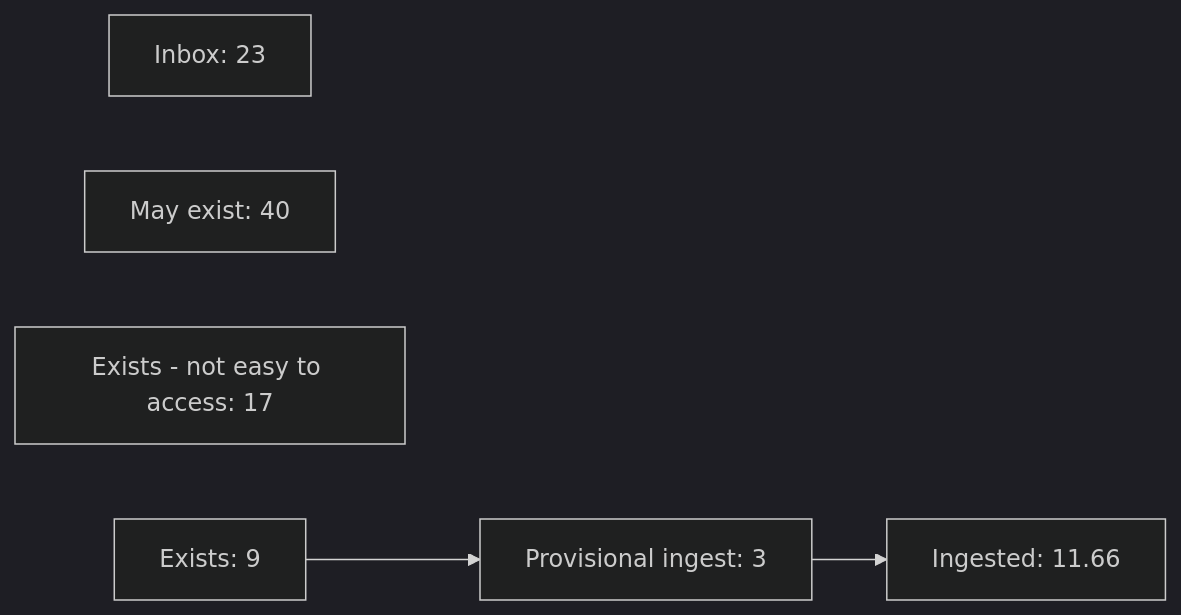
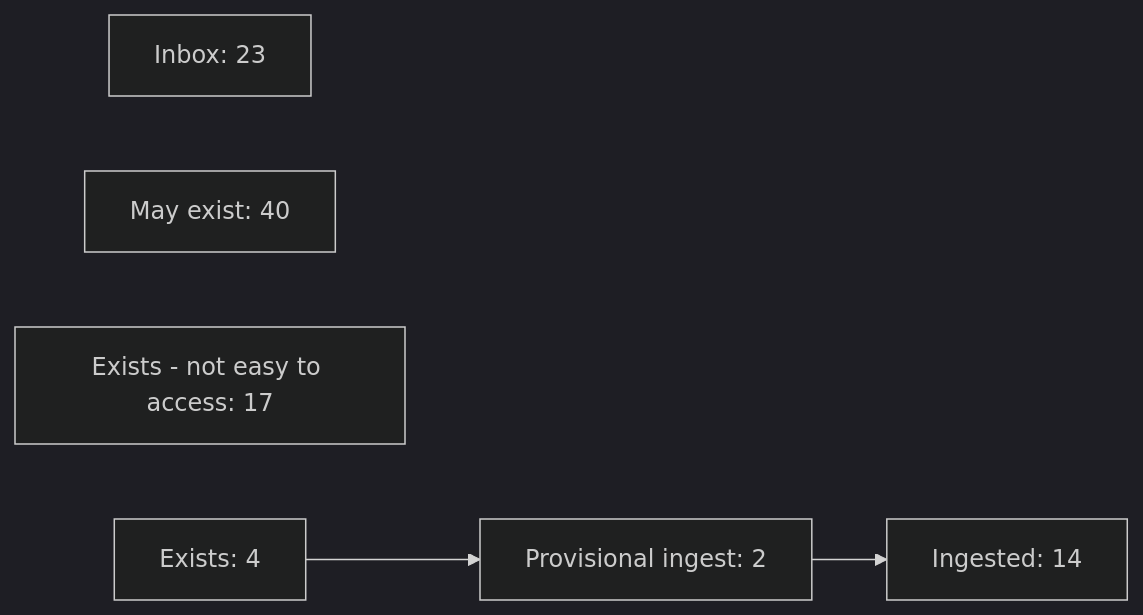
One commit to OpenPKCommons/OPKC changed the first of 2 diagrams in README.md. Above: the diagram before and after it, drawn with Mermaid (dark theme). The commit also changed other lines of this file and 8 other files, not shown here.

````diff
--- a/README.md
+++ b/README.md
@@ -52,10 +52,10 @@
 ```mermaid
 graph LR
 	inbox[Inbox: 23]
 	mayexist[May exist: 40]
 	denea[Exists - not easy to access: 17]
-	exists[Exists: 9]
-	provingest[Provisional ingest: 3]
-	ingested[Ingested: 11.66]
+	exists[Exists: 4]
+	provingest[Provisional ingest: 2]
+	ingested[Ingested: 14]
 	exists --> provingest --> ingested
 ```
````
